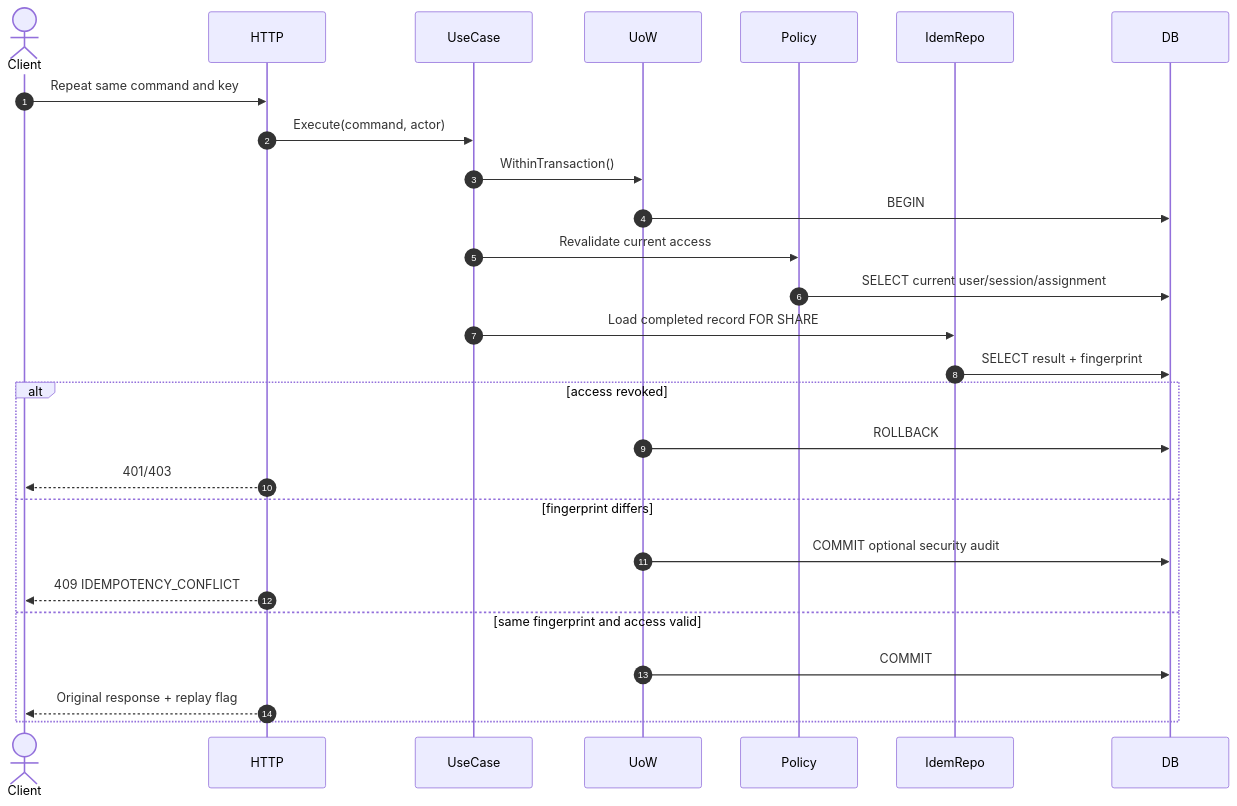
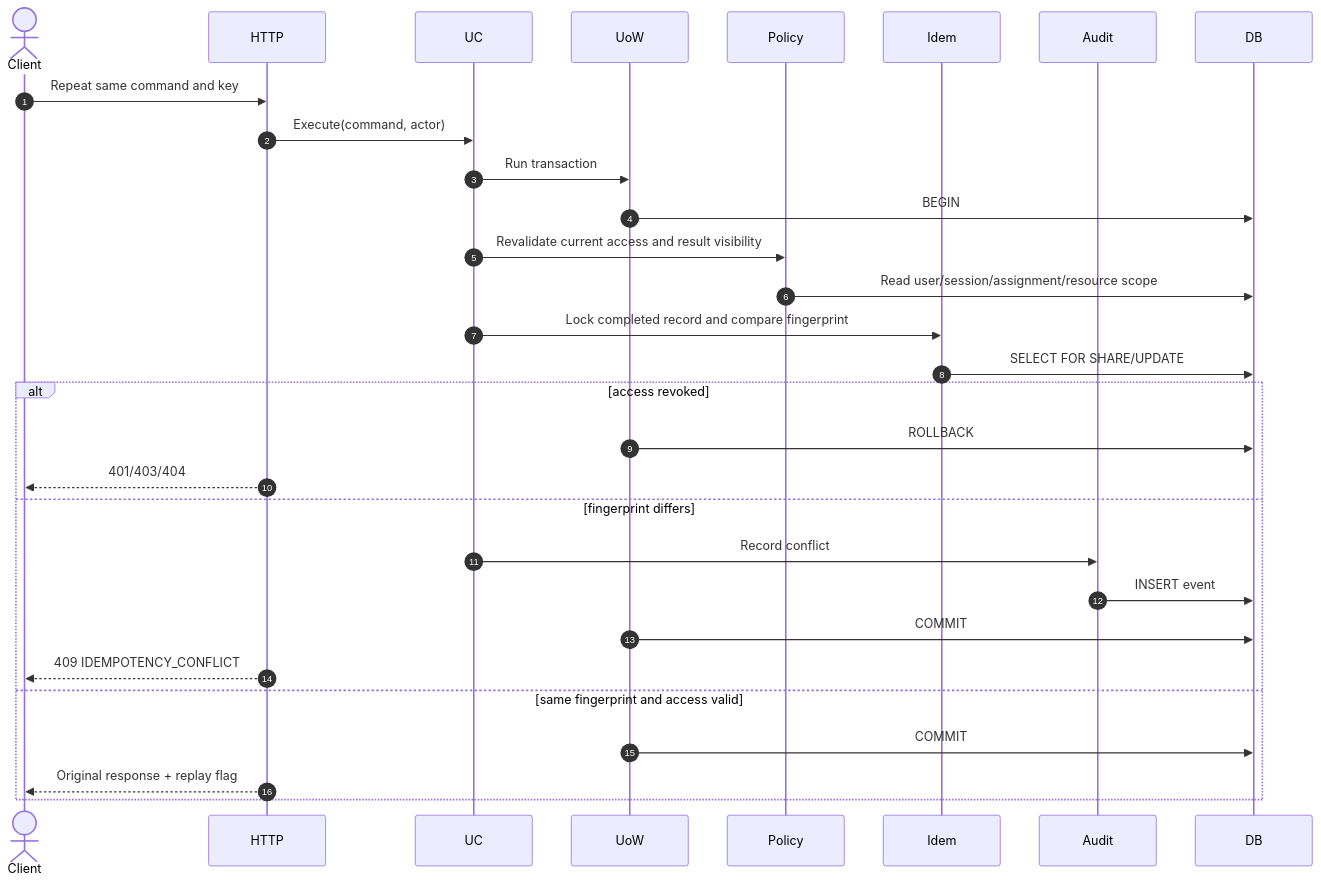
Diagram 16 of 19 in docs/10-sequence-diagrams.md (GulovM/PharmacyCRM), drawn with Mermaid before and after one commit. The commit also changed other lines of this file, not shown here.

Commit message:
Harden critical sequence and transaction protocols

````diff
--- a/docs/10-sequence-diagrams.md
+++ b/docs/10-sequence-diagrams.md
@@ -506,30 +731,33 @@
 ```mermaid
 sequenceDiagram
     autonumber
     actor Client
     participant HTTP
-    participant UseCase
+    participant UC
     participant UoW
     participant Policy
-    participant IdemRepo
+    participant Idem
+    participant Audit
     participant DB
 
     Client->>HTTP: Repeat same command and key
-    HTTP->>UseCase: Execute(command, actor)
-    UseCase->>UoW: WithinTransaction()
+    HTTP->>UC: Execute(command, actor)
+    UC->>UoW: Run transaction
     UoW->>DB: BEGIN
-    UseCase->>Policy: Revalidate current access
-    Policy->>DB: SELECT current user/session/assignment
-    UseCase->>IdemRepo: Load completed record FOR SHARE
-    IdemRepo->>DB: SELECT result + fingerprint
+    UC->>Policy: Revalidate current access and result visibility
+    Policy->>DB: Read user/session/assignment/resource scope
+    UC->>Idem: Lock completed record and compare fingerprint
+    Idem->>DB: SELECT FOR SHARE/UPDATE
     alt access revoked
         UoW->>DB: ROLLBACK
-        HTTP-->>Client: 401/403
+        HTTP-->>Client: 401/403/404
     else fingerprint differs
-        UoW->>DB: COMMIT optional security audit
+        UC->>Audit: Record conflict
+        Audit->>DB: INSERT event
+        UoW->>DB: COMMIT
         HTTP-->>Client: 409 IDEMPOTENCY_CONFLICT
     else same fingerprint and access valid
         UoW->>DB: COMMIT
         HTTP-->>Client: Original response + replay flag
     end
 ```
````
